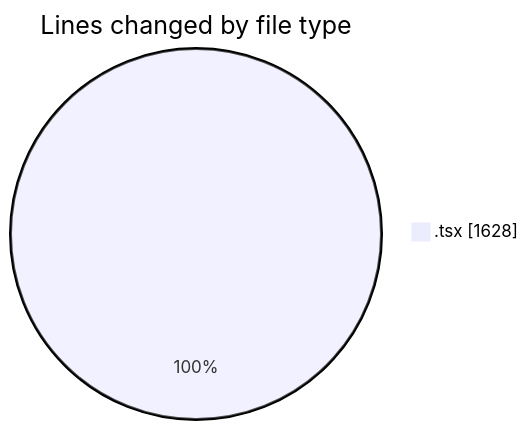
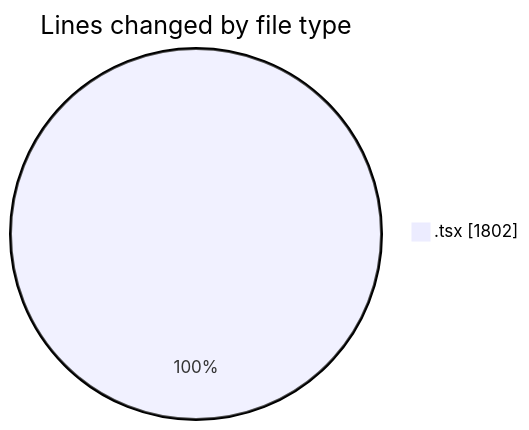
The first of 2 diagrams in 2026-03-18/nxtqube_webapp/README.md (nxtqubesakshisongat/code-tracking), drawn with Mermaid before and after one commit. The commit also changed other lines of this file and 1 other file, not shown here.

````diff
--- a/2026-03-18/nxtqube_webapp/README.md
+++ b/2026-03-18/nxtqube_webapp/README.md
@@ -23,5 +23,5 @@
 ```mermaid
 pie showData
 title Lines changed by file type
-".tsx" : 1628
+".tsx" : 1802
 ```
````
